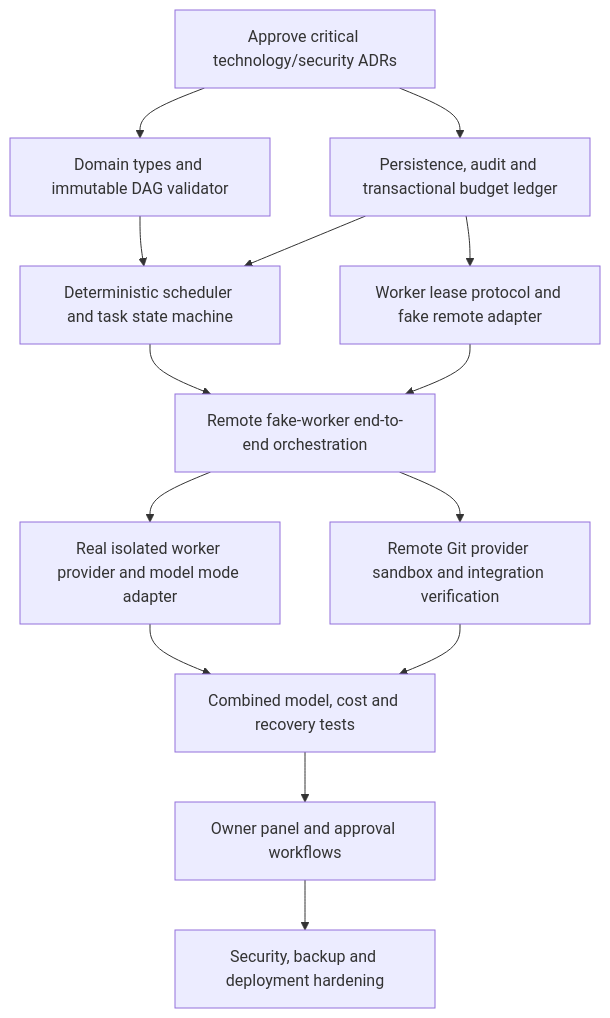
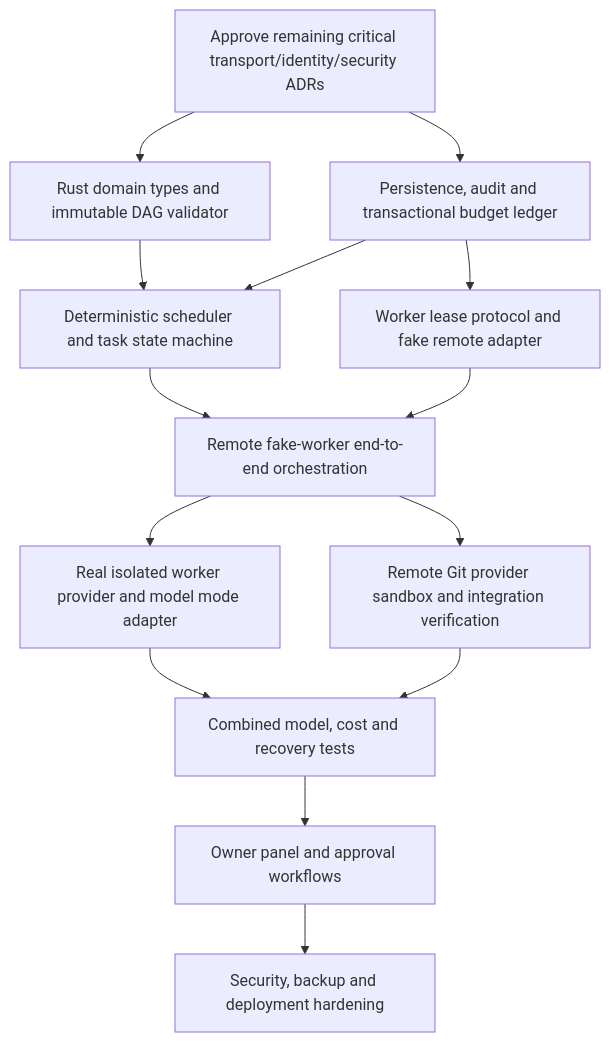
Before and after one commit to ygtdmr/rolvya: the diagram in docs/project/implementation-slices.md, drawn with Mermaid.

Commit message:
docs(testing): enforce Rust-only backend and SQLite acceptance

````diff
--- a/docs/project/implementation-slices.md
+++ b/docs/project/implementation-slices.md
@@ -29,16 +29,16 @@
 ```mermaid
 flowchart TD
-  A[Approve critical technology/security ADRs] --> B[Domain types and immutable DAG validator]
+  A[Approve remaining critical transport/identity/security ADRs] --> B[Rust domain types and immutable DAG validator]
   A --> C[Persistence, audit and transactional budget ledger]
   B --> D[Deterministic scheduler and task state machine]
   C --> D
   C --> E[Worker lease protocol and fake remote adapter]
   D --> F[Remote fake-worker end-to-end orchestration]
   E --> F
   F --> G[Real isolated worker provider and model mode adapter]
   F --> H[Remote Git provider sandbox and integration verification]
   G --> I[Combined model, cost and recovery tests]
   H --> I
   I --> J[Owner panel and approval workflows]
   J --> K[Security, backup and deployment hardening]
 ```
````
